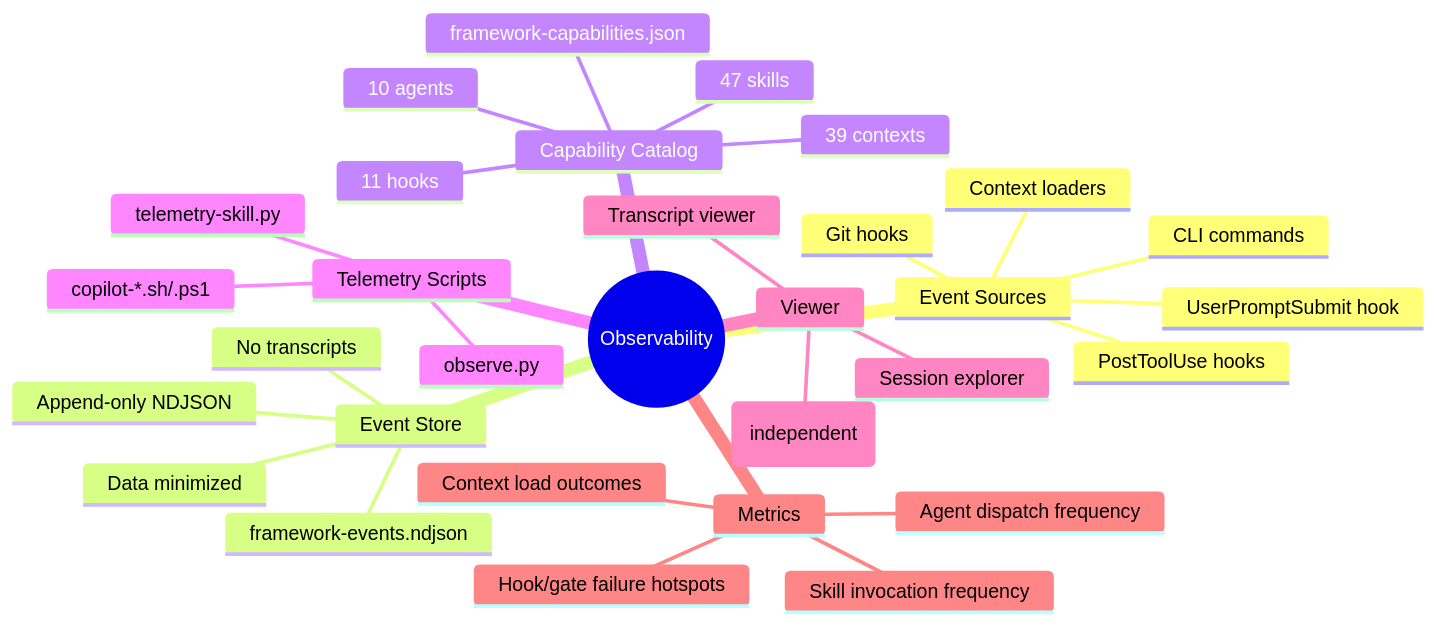
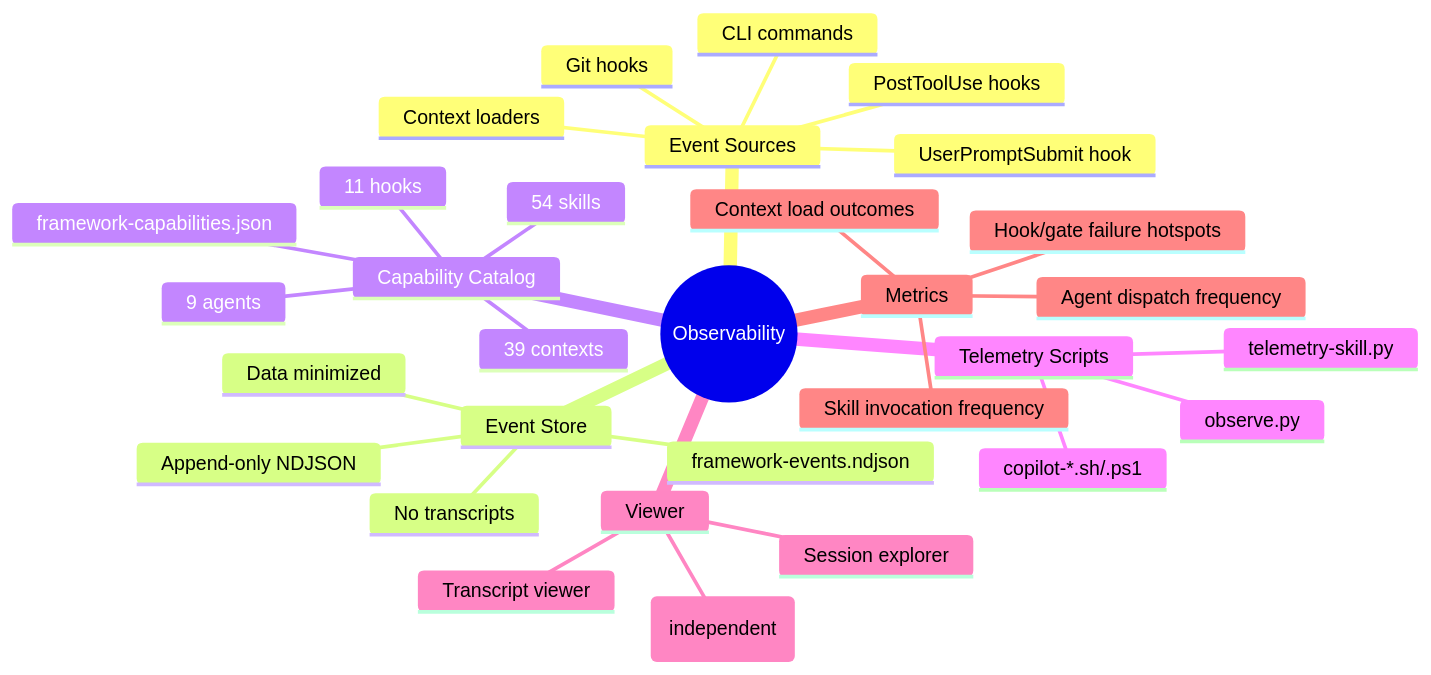
Before and after one commit to arcasilesgroup/ai-engineering: the seventh of 10 diagrams in .ai-engineering/solution-intent.md, drawn with Mermaid. The commit also changed other lines of this file and 29 other files, not shown here.

````diff
--- a/.ai-engineering/solution-intent.md
+++ b/.ai-engineering/solution-intent.md
@@ -414,34 +414,34 @@
 ```mermaid
 mindmap
     root((Observability))
         Event Sources
             UserPromptSubmit hook
             PostToolUse hooks
             Context loaders
             Git hooks
             CLI commands
         Event Store
             framework-events.ndjson
             Append-only NDJSON
             Data minimized
             No transcripts
         Capability Catalog
             framework-capabilities.json
-            47 skills
-            10 agents
+            54 skills
+            9 agents
             39 contexts
             11 hooks
         Telemetry Scripts
             telemetry-skill.py
             observe.py
             copilot-*.sh/.ps1
         Viewer
             agentsview (independent)
             Session explorer
             Transcript viewer
         Metrics
             Skill invocation frequency
             Agent dispatch frequency
             Context load outcomes
             Hook/gate failure hotspots
 ```
````
